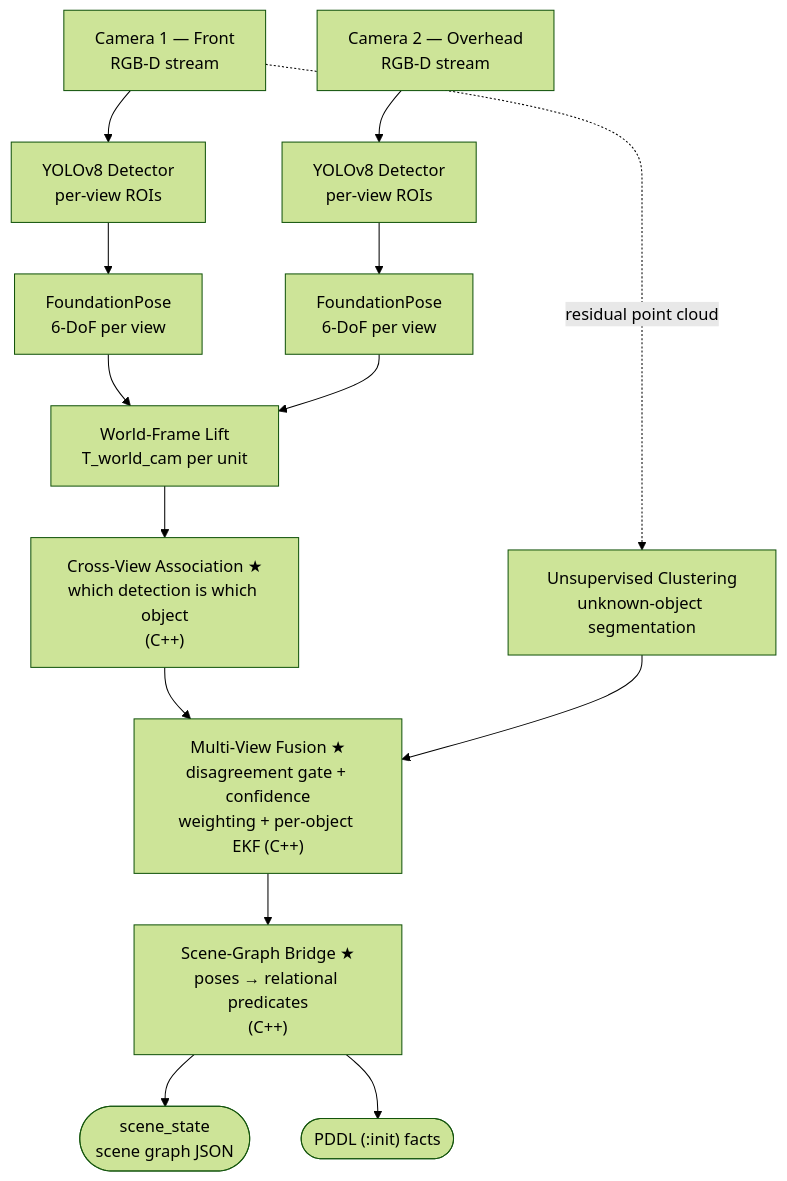
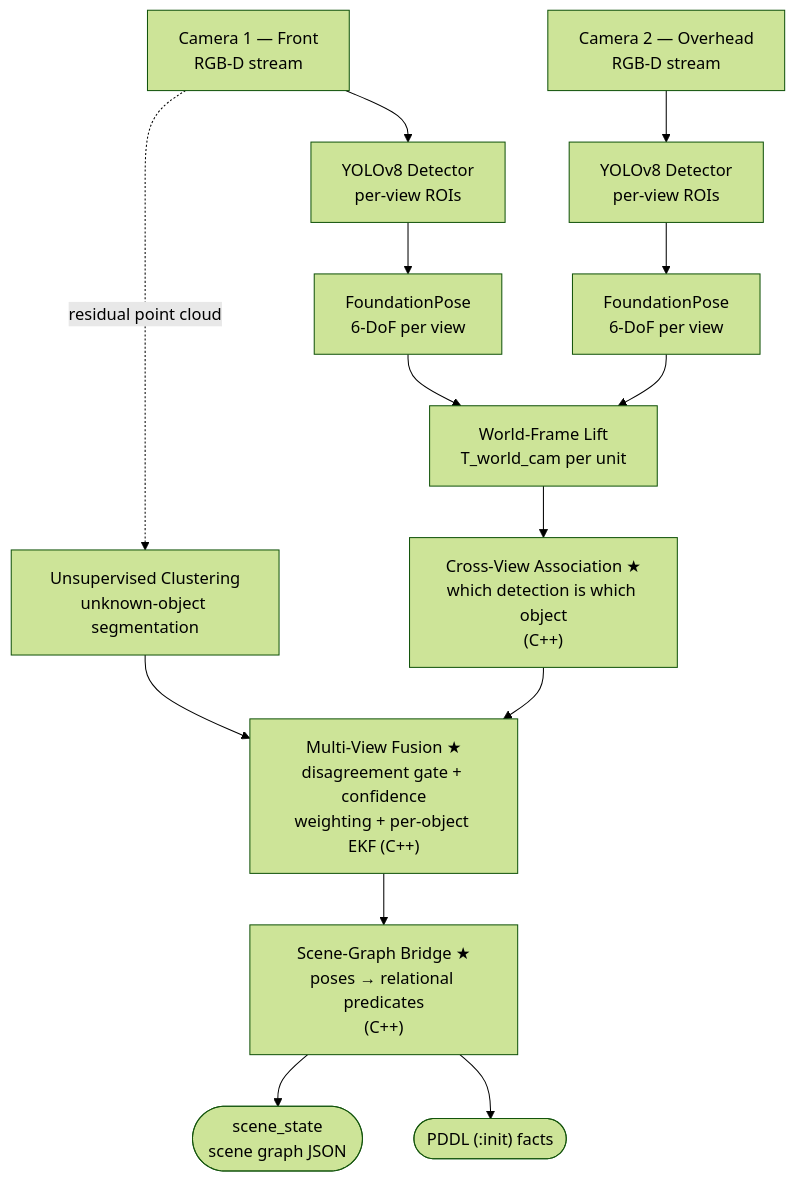
One commit to chanwaijye/PRS-PM-2026-09-15-AIS08-GRP-12-TheEyes changed the diagram in ProjectReport/PRS-PM-2026-AIS08-GRP-12-TheEyes-Proposal.md. Above: the diagram before and after it, drawn with Mermaid (forest theme).

Commit message:
Stop the residual-point-cloud edge crossing Camera 2 in the diagram
The layout placed the clustering node right of both camera columns, so the
dotted edge from Camera 1 ran through the Camera 2 box and read as if Camera 2
were its source. Declaring that edge first puts the clustering node under
Camera 1 on the left; the edge now drops straight down and crosses nothing.
Node, edge and label content are unchanged, only declaration order.

Checked by rendering with mermaid-cli 11.12.0 before and after, and against a
per-view subgraph layout, which also avoided the crossing but put the Overhead
view left of Front.

Claude-Session: https://claude.ai/code/session_01RySwuDmBXsH5XEKUQ59VX3

````diff
--- a/ProjectReport/PRS-PM-2026-AIS08-GRP-12-TheEyes-Proposal.md
+++ b/ProjectReport/PRS-PM-2026-AIS08-GRP-12-TheEyes-Proposal.md
@@ -143,20 +143,19 @@
 ```mermaid
 flowchart TD
-    C1["Camera 1 — Front<BR>RGB-D stream"] --> D1["YOLOv8 Detector<BR>per-view ROIs"]
+    C1["Camera 1 — Front<BR>RGB-D stream"] -. residual point cloud .-> U["Unsupervised Clustering<BR>unknown-object segmentation"]
+    C1 --> D1["YOLOv8 Detector<BR>per-view ROIs"]
     C2["Camera 2 — Overhead<BR>RGB-D stream"] --> D2["YOLOv8 Detector<BR>per-view ROIs"]
 
     D1 --> P1["FoundationPose<BR>6-DoF per view"]
     D2 --> P2["FoundationPose<BR>6-DoF per view"]
-
-    C1 -. residual point cloud .-> U["Unsupervised Clustering<BR>unknown-object segmentation"]
 
     P1 & P2 --> W["World-Frame Lift<BR>T_world_cam per unit"]
     W --> A["Cross-View Association ★<BR>which detection is which object<BR>(C++)"]
     A --> F["Multi-View Fusion ★<BR>disagreement gate + confidence<BR>weighting + per-object EKF (C++)"]
     U --> F
 
     F --> S["Scene-Graph Bridge ★<BR>poses → relational predicates<BR>(C++)"]
 
     S --> O1(["scene_state<BR>scene graph JSON"])
     S --> O2(["PDDL (:init) facts"])
 ```
````
